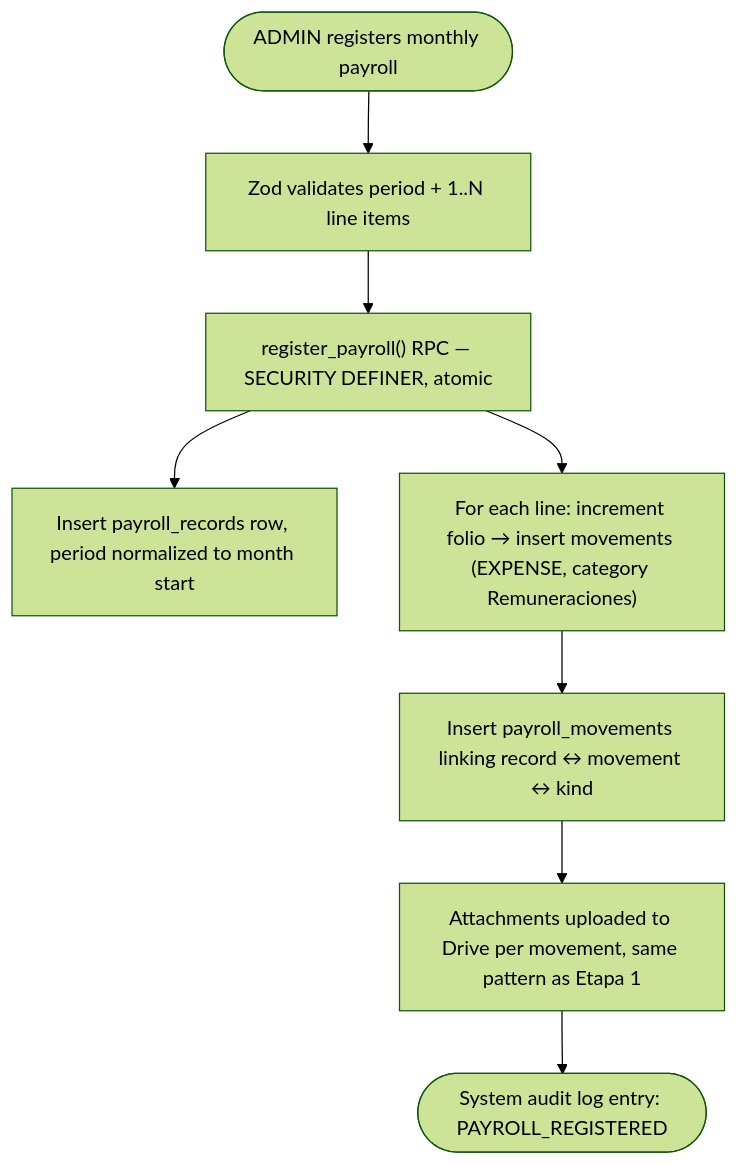
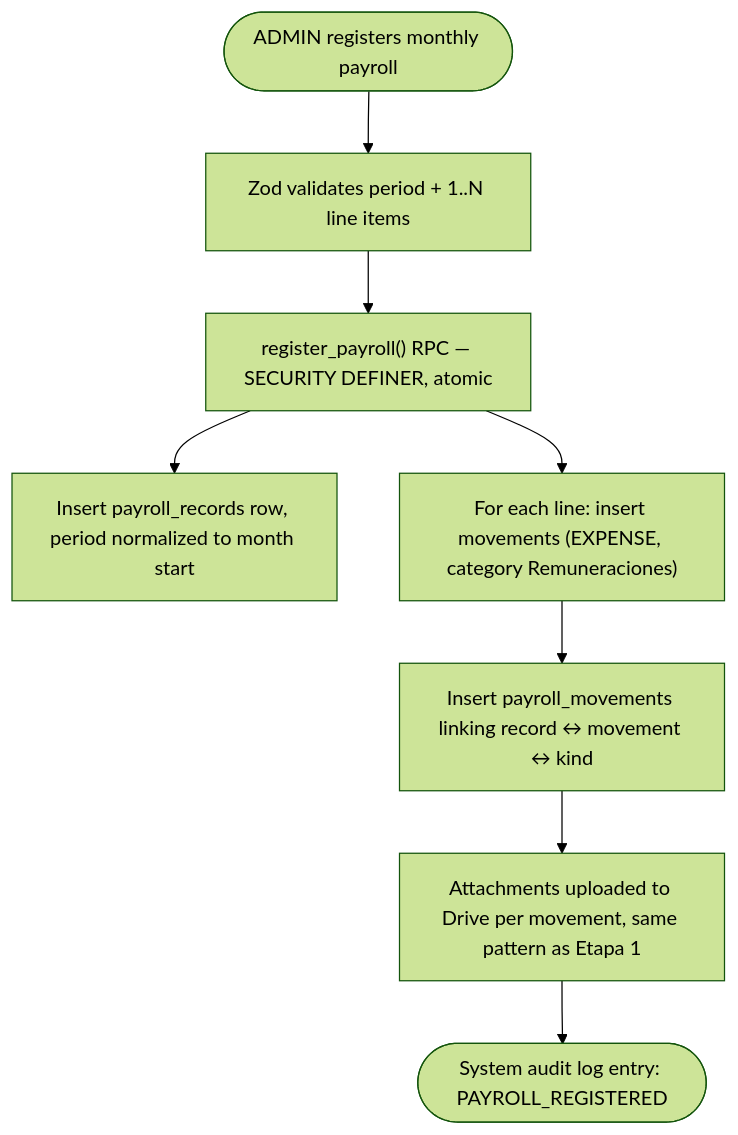
The seventh of 11 diagrams in docs/flows.md (Torfel0312/sistema_contable_pibt), drawn with Mermaid (forest theme) before and after one commit. The commit also changed other lines of this file and 30 other files, not shown here.

````diff
--- a/docs/flows.md
+++ b/docs/flows.md
@@ -179,10 +178,10 @@
 ```mermaid
 flowchart TD
     A([ADMIN registers monthly payroll]) --> B[Zod validates period + 1..N line items]
     B --> C["register_payroll() RPC — SECURITY DEFINER, atomic"]
     C --> D[Insert payroll_records row, period normalized to month start]
-    C --> E["For each line: increment folio → insert movements (EXPENSE, category Remuneraciones)"]
+    C --> E["For each line: insert movements (EXPENSE, category Remuneraciones)"]
     E --> F[Insert payroll_movements linking record ↔ movement ↔ kind]
     F --> G[Attachments uploaded to Drive per movement, same pattern as Etapa 1]
     G --> H([System audit log entry: PAYROLL_REGISTERED])
 ```
````
